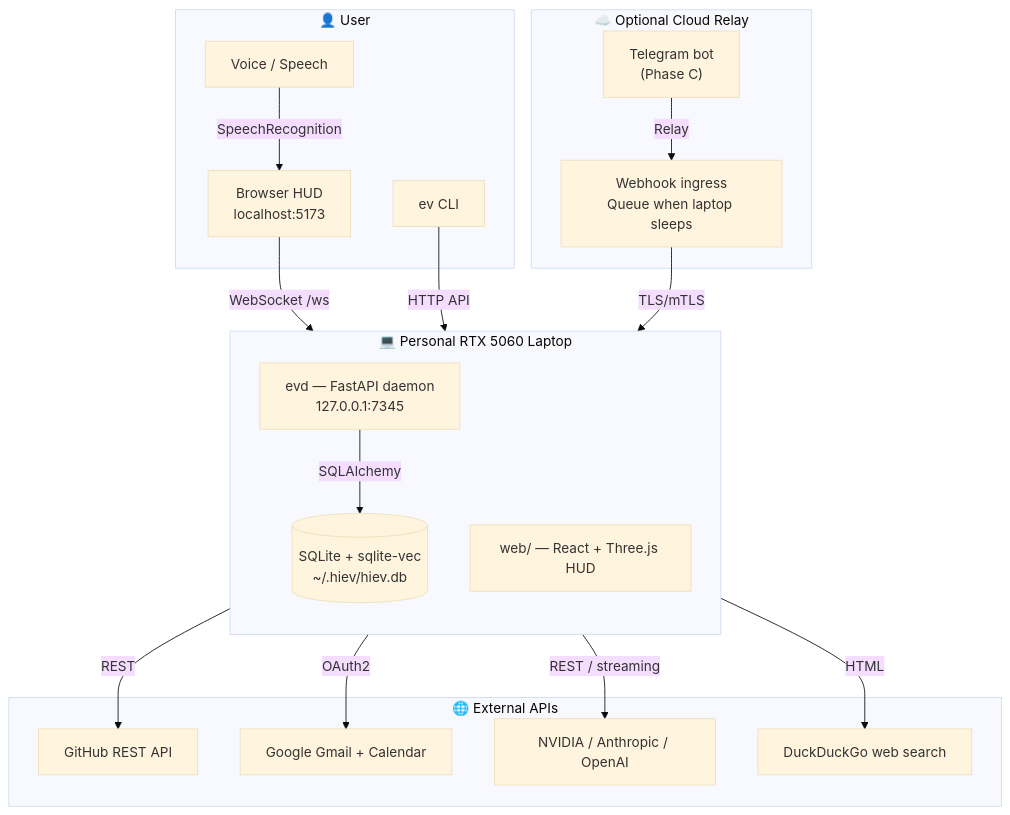
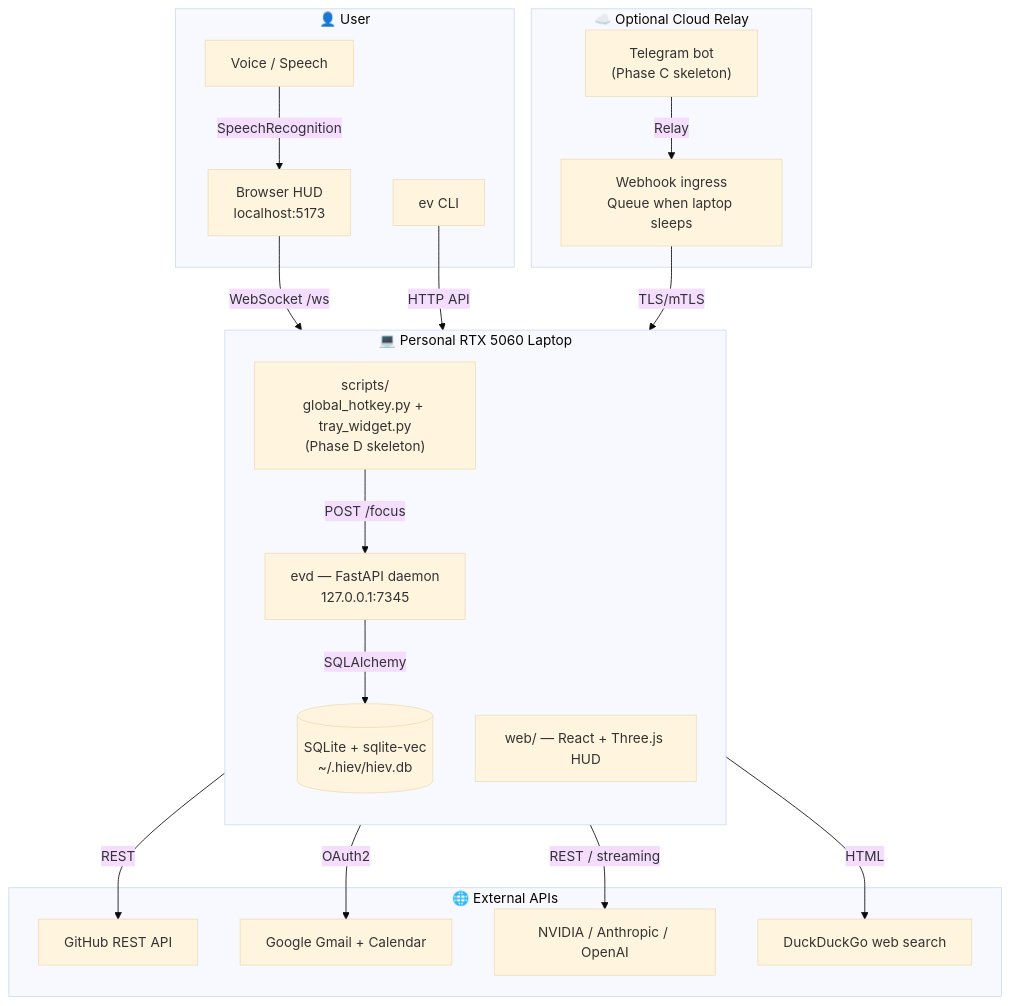
Before and after one commit to satyamdas03/Hi-EV: the first of 10 diagrams in docs/superpowers/architecture/hi-ev-end-to-end-architecture.md, drawn with Mermaid (base theme). The commit also changed other lines of this file and 5 other files, not shown here.

First line of the commit message:
docs: sync README, roadmap, architecture, and plans with Phases A–D completion

````diff
--- a/docs/superpowers/architecture/hi-ev-end-to-end-architecture.md
+++ b/docs/superpowers/architecture/hi-ev-end-to-end-architecture.md
@@ -9,38 +9,40 @@
 ```mermaid
 flowchart TB
     subgraph User["👤 User"]
         Voice["Voice / Speech"]
         Browser["Browser HUD\nlocalhost:5173"]
         CLI["ev CLI"]
     end
 
     subgraph Laptop["💻 Personal RTX 5060 Laptop"]
         direction TB
         Daemon["evd — FastAPI daemon\n127.0.0.1:7345"]
         WebFrontend["web/ — React + Three.js HUD"]
+        DesktopPresence["scripts/\nglobal_hotkey.py + tray_widget.py\n(Phase D skeleton)"]
         LocalDB[("SQLite + sqlite-vec\n~/.hiev/hiev.db")]
     end
 
     subgraph Cloud["☁️ Optional Cloud Relay"]
         Relay["Webhook ingress\nQueue when laptop sleeps"]
-        Telegram["Telegram bot\n(Phase C)"]
+        Telegram["Telegram bot\n(Phase C skeleton)"]
     end
 
     subgraph External["🌐 External APIs"]
         GitHubAPI["GitHub REST API"]
         GoogleAPI["Google Gmail + Calendar"]
         LLMAPI["NVIDIA / Anthropic / OpenAI"]
         WebSearch["DuckDuckGo web search"]
     end
 
     Voice --"SpeechRecognition"--> Browser
     Browser --"WebSocket /ws"--> Daemon
     CLI --"HTTP API"--> Daemon
+    DesktopPresence --"POST /focus"--> Daemon
     Daemon --"REST / streaming"--> LLMAPI
     Daemon --"REST"--> GitHubAPI
     Daemon --"OAuth2"--> GoogleAPI
     Daemon --"HTML"--> WebSearch
     Daemon --"SQLAlchemy"--> LocalDB
     Relay --"TLS/mTLS"--> Daemon
     Telegram --"Relay"--> Relay
 ```
````
